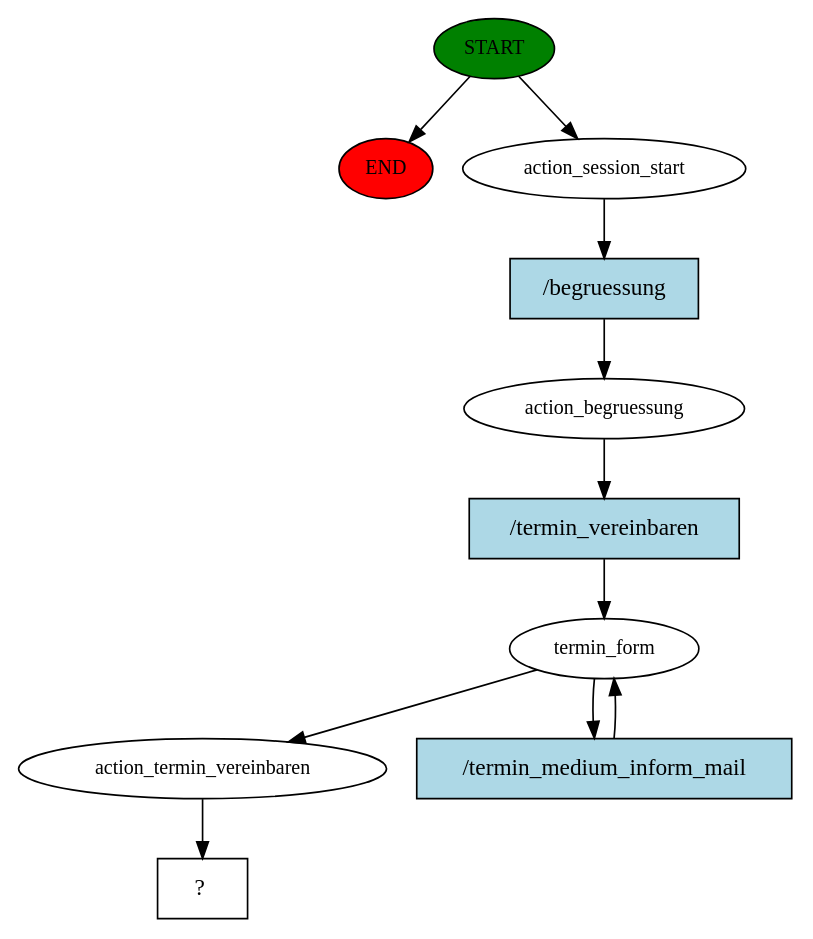
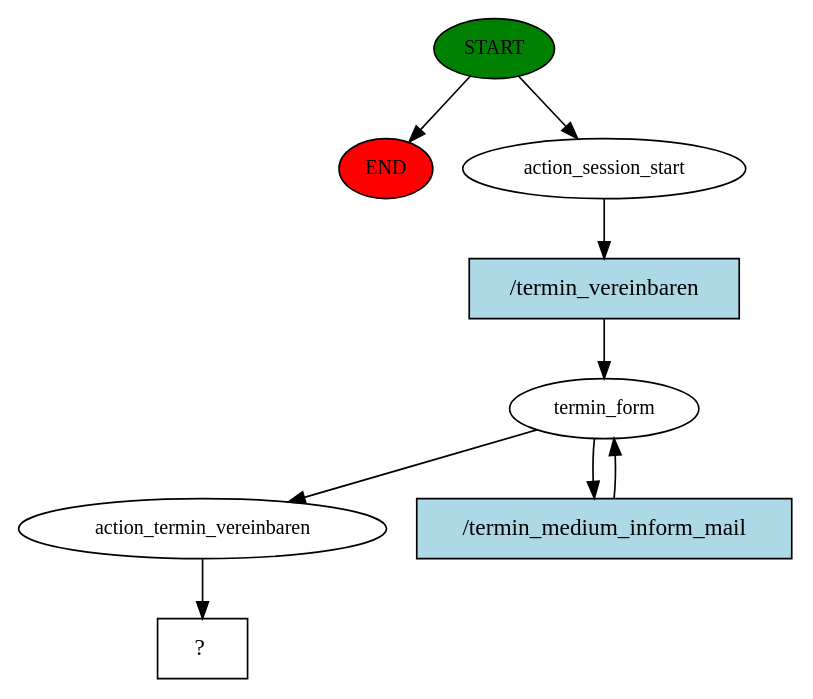
Before and after one commit to normanboettcher/BotPilot: the diagram in bot-pilot-chat/backend/rasa-actions/story_graph.dot, drawn with Graphviz. The commit also changed 10 other files, not shown here.

Commit message:
Added - from_text mapping for termin_medium

```diff
--- a/bot-pilot-chat/backend/rasa-actions/story_graph.dot
+++ b/bot-pilot-chat/backend/rasa-actions/story_graph.dot
@@ -1,22 +1,18 @@
 digraph  {
 0 [class="start active", fillcolor=green, fontsize=12, label=START, style=filled];
 "-1" [class=end, fillcolor=red, fontsize=12, label=END, style=filled];
 1 [class=active, fontsize=12, label=action_session_start];
-2 [class=active, fontsize=12, label=action_begruessung];
-3 [class=active, fontsize=12, label=termin_form];
-5 [class=active, fontsize=12, label=action_termin_vereinbaren];
-6 [class="intent dashed active", label="  ?  ", shape=rect];
-7 [class="intent active", fillcolor=lightblue, label="/begruessung", shape=rect, style=filled];
-8 [class="intent active", fillcolor=lightblue, label="/termin_vereinbaren", shape=rect, style=filled];
-9 [class="intent active", fillcolor=lightblue, label="/termin_medium_inform_mail", shape=rect, style=filled];
+2 [class=active, fontsize=12, label=termin_form];
+4 [class=active, fontsize=12, label=action_termin_vereinbaren];
+5 [class="intent dashed active", label="  ?  ", shape=rect];
+6 [class="intent active", fillcolor=lightblue, label="/termin_vereinbaren", shape=rect, style=filled];
+7 [class="intent active", fillcolor=lightblue, label="/termin_medium_inform_mail", shape=rect, style=filled];
 0 -> "-1"  [class="", key=NONE, label=""];
 0 -> 1  [class=active, key=NONE, label=""];
-1 -> 7  [class=active, key=0];
-2 -> 8  [class=active, key=0];
-3 -> 5  [class=active, key=NONE, label=""];
-3 -> 9  [class=active, key=0];
-5 -> 6  [class=active, key=NONE, label=""];
+1 -> 6  [class=active, key=0];
+2 -> 4  [class=active, key=NONE, label=""];
+2 -> 7  [class=active, key=0];
+4 -> 5  [class=active, key=NONE, label=""];
+6 -> 2  [class=active, key=0];
 7 -> 2  [class=active, key=0];
-8 -> 3  [class=active, key=0];
-9 -> 3  [class=active, key=0];
 }
```
